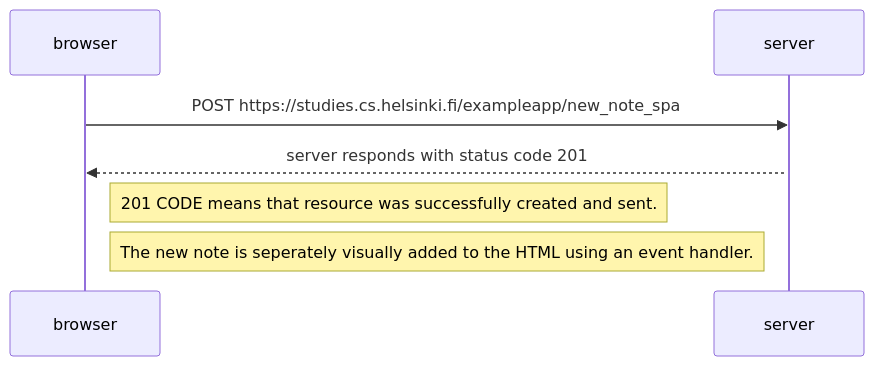
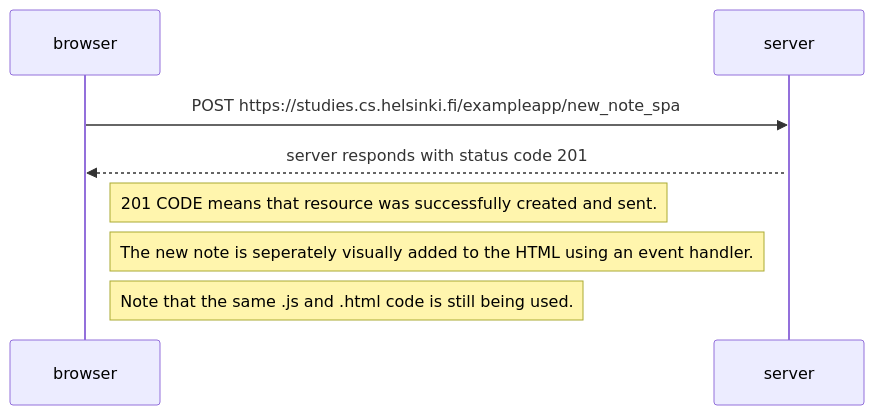
The diagram in part0/6_new_note_in_single_page_app_diagram.md (adityaagrawal53/full-stack-open-2024), drawn with Mermaid before and after one commit. The commit also changed 1 other file, not shown here.

Commit message:
0.5 and 0.6 complete i think

````diff
--- a/part0/6_new_note_in_single_page_app_diagram.md
+++ b/part0/6_new_note_in_single_page_app_diagram.md
@@ -2,13 +2,15 @@
 ```mermaid
     sequenceDiagram
         participant browser
         participant server
 
         browser->>server: POST https://studies.cs.helsinki.fi/exampleapp/new_note_spa
         activate server
         server-->>browser: server responds with status code 201 
         Note right of browser: 201 CODE means that resource was successfully created and sent.
 
         Note right of browser: The new note is seperately visually added to the HTML using an event handler.
 
+        Note right of browser: Note that the same .js and .html code is still being used.
+
 ```
````
